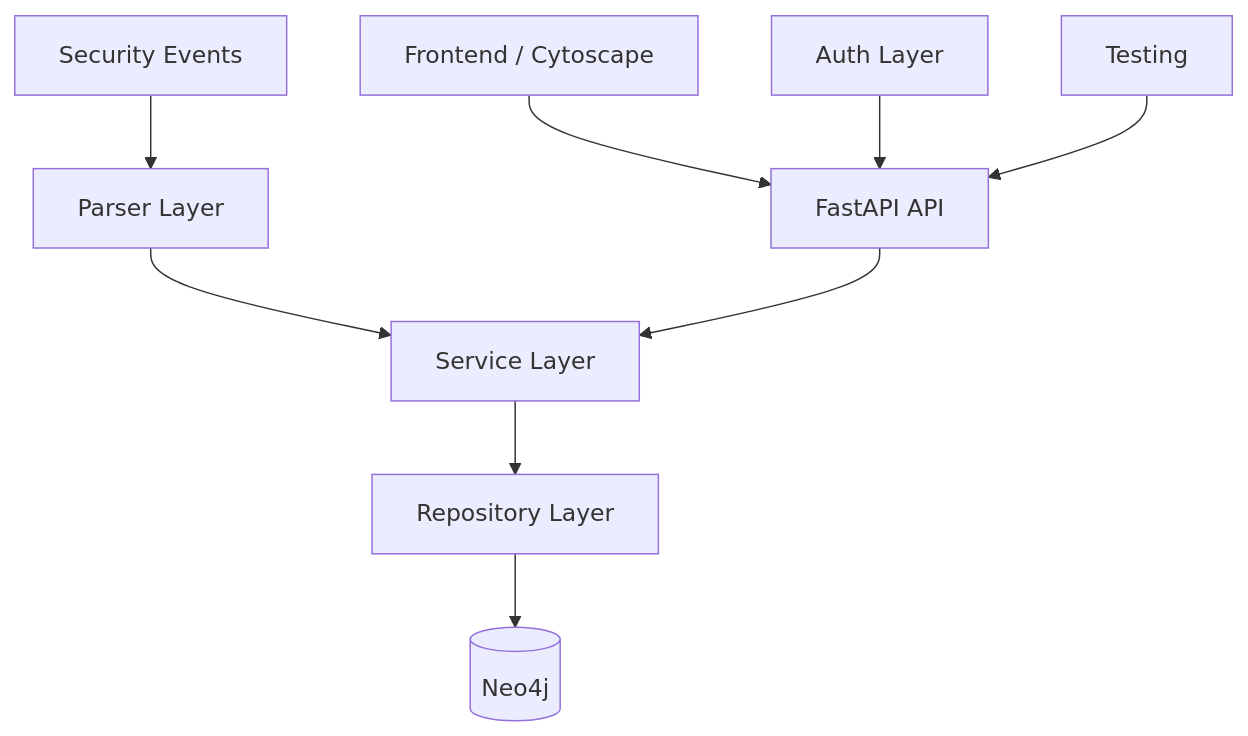
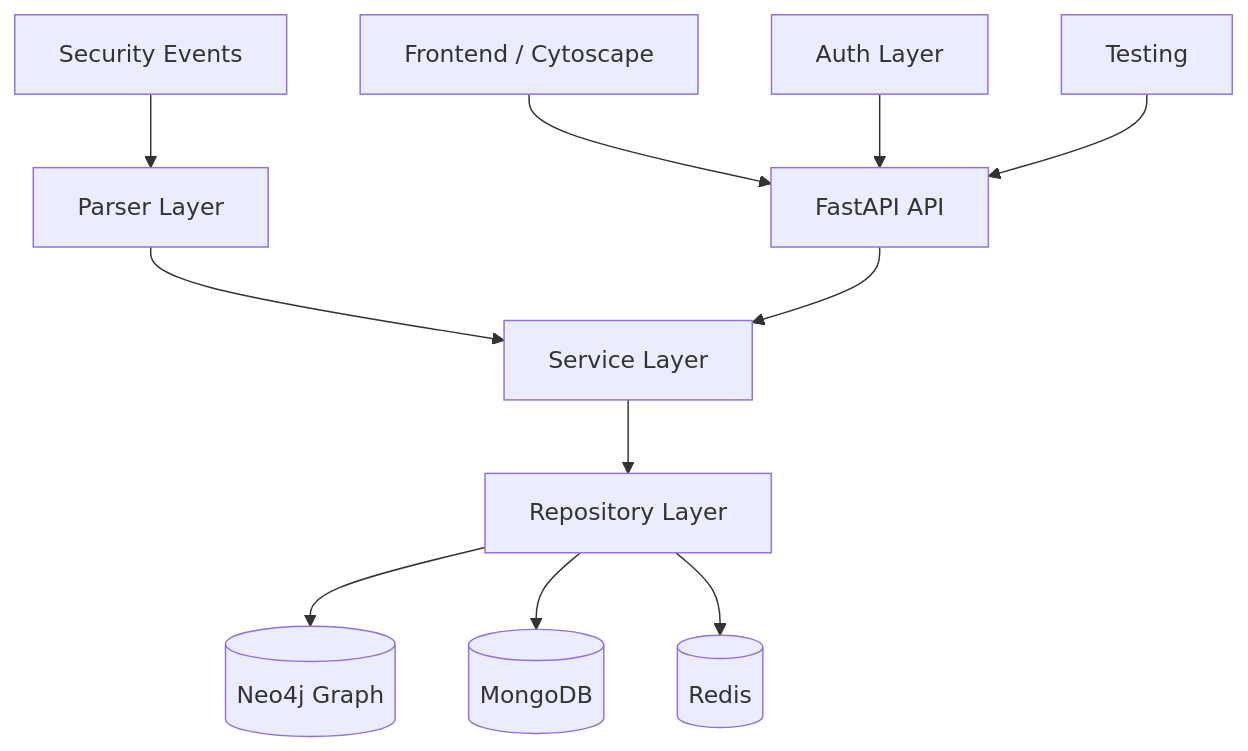
Before and after one commit to Nefen22/entity-management-for-soc: the diagram in docs/architecture.md, drawn with Mermaid. The commit also changed other lines of this file and 3 other files, not shown here.

````diff
--- a/docs/architecture.md
+++ b/docs/architecture.md
@@ -1,13 +1,14 @@
 ```mermaid
 flowchart TD
+    A[Security Events] --> B[Parser Layer]
+    B --> C[Service Layer]
+    F[FastAPI API] --> C
+    C --> D[Repository Layer]
+    D --> E[(Neo4j Graph)]
+    D --> J[(MongoDB)]
+    D --> K[(Redis)]
 
-A[Security Events] --> B[Parser Layer]
-B --> C[Service Layer]
-F[FastAPI API] --> C
-C --> D[Repository Layer]
-D --> E[(Neo4j)]
-
-G[Frontend / Cytoscape] --> F
-H[Auth Layer] --> F
-I[Testing] --> F
+    G[Frontend / Cytoscape] --> F
+    H[Auth Layer] --> F
+    I[Testing] --> F
 ```
````
